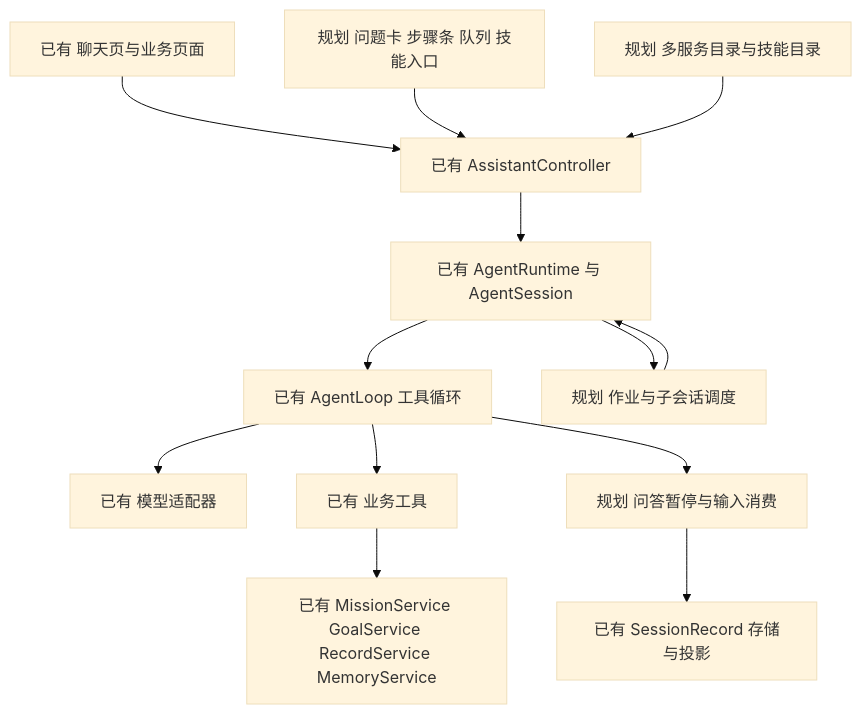
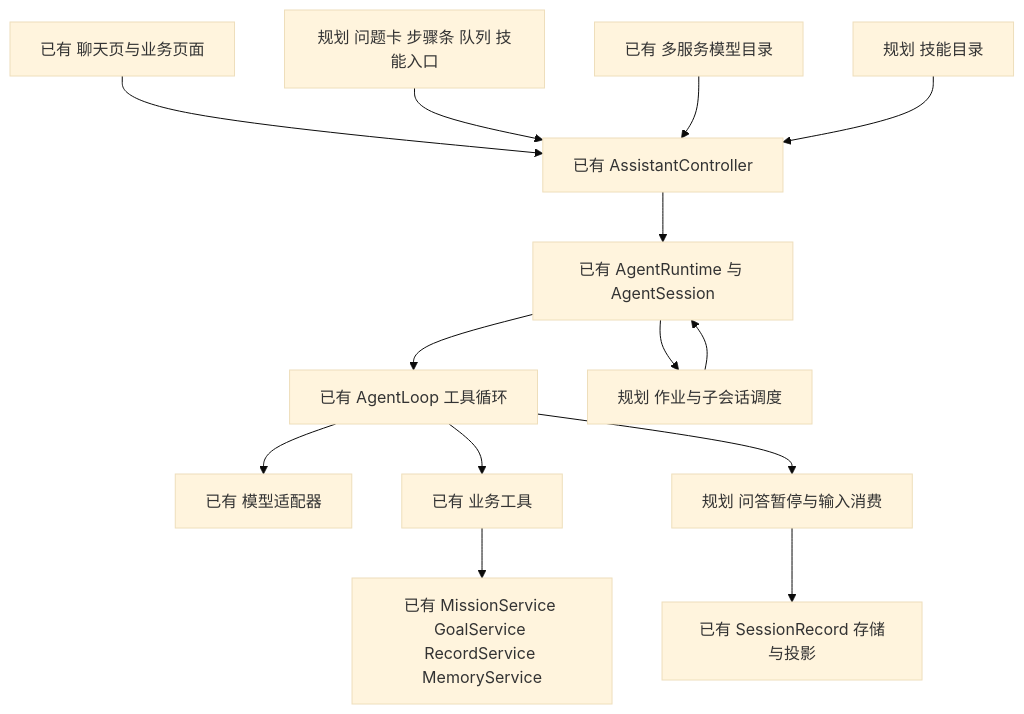
Before and after one commit to Liuxin4950/MissionBook: the diagram in docs/设计/Agent能力升级/README.md, drawn with Mermaid (base theme). The commit also changed other lines of this file and 35 other files, not shown here.

````diff
--- a/docs/设计/Agent能力升级/README.md
+++ b/docs/设计/Agent能力升级/README.md
@@ -53,15 +53,16 @@
 ```mermaid
 flowchart TD
   UI[已有 聊天页与业务页面] --> CTRL[已有 AssistantController]
   NEWUI[规划 问题卡 步骤条 队列 技能入口] --> CTRL
   CTRL --> RT[已有 AgentRuntime 与 AgentSession]
   RT --> LOOP[已有 AgentLoop 工具循环]
   LOOP --> MODEL[已有 模型适配器]
   LOOP --> TOOLS[已有 业务工具]
   TOOLS --> SERVICE[已有 MissionService GoalService RecordService MemoryService]
   LOOP --> INTERACTION[规划 问答暂停与输入消费]
   INTERACTION --> LOG[已有 SessionRecord 存储与投影]
   RT --> JOB[规划 作业与子会话调度]
   JOB --> RT
-  CATALOG[规划 多服务目录与技能目录] --> CTRL
+  CATALOG[已有 多服务模型目录] --> CTRL
+  SKILLS[规划 技能目录] --> CTRL
 ```
````
